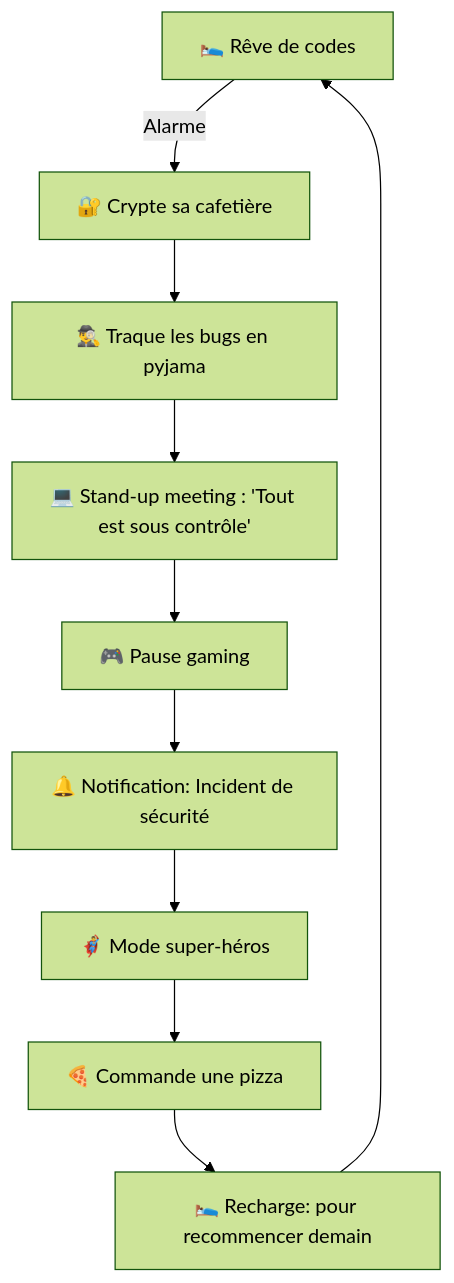
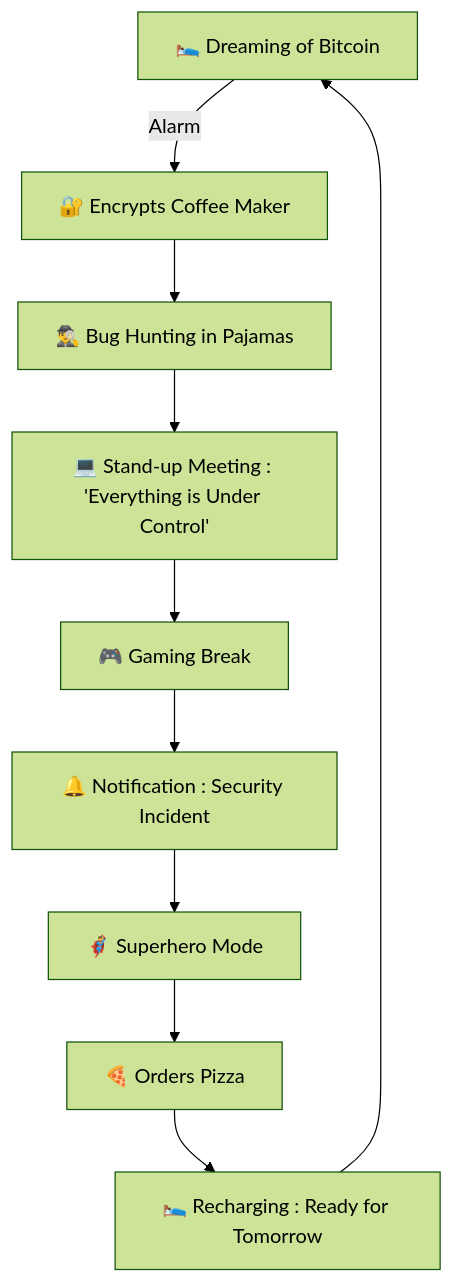
Before and after one commit to AC2002FR/AC2002FR: the diagram in README.md, drawn with Mermaid (forest theme).

````diff
--- a/README.md
+++ b/README.md
@@ -8,12 +8,12 @@
 ```mermaid
 graph TD;
-    A[🛌 Rêve de codes] -->|Alarme| B[🔐 Crypte sa cafetière];
-    B --> C[🕵️‍♂️ Traque les bugs en pyjama];
-    C --> D[💻 Stand-up meeting : 'Tout est sous contrôle'];
-    D --> E[🎮 Pause gaming];
-    E --> F[🔔 Notification: Incident de sécurité];
-    F --> G[🦸‍♂️ Mode super-héros];
-    G --> H[🍕 Commande une pizza];
-    H --> I[🛌 Recharge: pour recommencer demain];
+    A[🛌 Dreaming of Bitcoin] -->|Alarm| B[🔐 Encrypts Coffee Maker];
+    B --> C[🕵️‍♂️ Bug Hunting in Pajamas];
+    C --> D[💻 Stand-up Meeting : 'Everything is Under Control'];
+    D --> E[🎮 Gaming Break];
+    E --> F[🔔 Notification : Security Incident];
+    F --> G[🦸‍♂️ Superhero Mode];
+    G --> H[🍕 Orders Pizza];
+    H --> I[🛌 Recharging : Ready for Tomorrow];
     I --> A;
 ```
````
